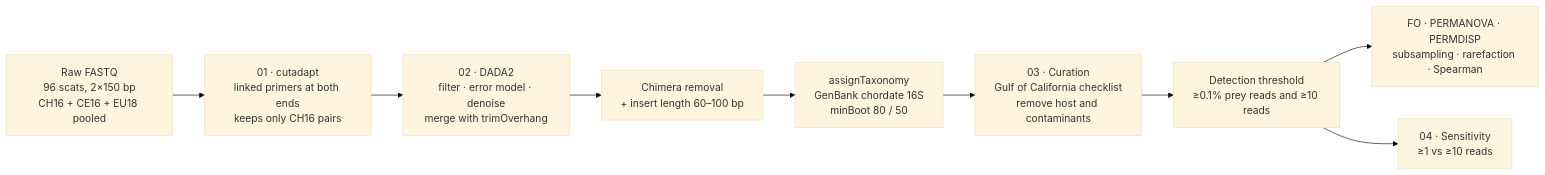
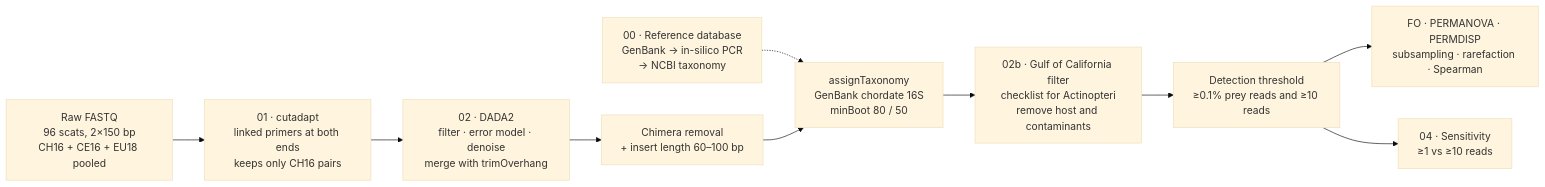
One commit to taniavaldiviac/sealion-diet-metabarcoding changed the diagram in README.md. Above: the diagram before and after it, drawn with Mermaid (base theme). The commit also changed other lines of this file and 10 other files, not shown here.

First line of the commit message:
Add reference database construction and Gulf of California fish filter

````diff
--- a/README.md
+++ b/README.md
@@ -67,11 +69,12 @@
 ```mermaid
 flowchart LR
+    R0[00 · Reference database<br/>GenBank → in-silico PCR<br/>→ NCBI taxonomy] -.-> E
     A[Raw FASTQ<br/>96 scats, 2×150 bp<br/>CH16 + CE16 + EU18 pooled] --> B[01 · cutadapt<br/>linked primers at both ends<br/>keeps only CH16 pairs]
     B --> C[02 · DADA2<br/>filter · error model · denoise<br/>merge with trimOverhang]
     C --> D[Chimera removal<br/>+ insert length 60–100 bp]
     D --> E[assignTaxonomy<br/>GenBank chordate 16S<br/>minBoot 80 / 50]
-    E --> F[03 · Curation<br/>Gulf of California checklist<br/>remove host and contaminants]
+    E --> F[02b · Gulf of California filter<br/>checklist for Actinopteri<br/>remove host and contaminants]
     F --> G[Detection threshold<br/>≥0.1% prey reads and ≥10 reads]
     G --> H[FO · PERMANOVA · PERMDISP<br/>subsampling · rarefaction · Spearman]
     G --> I[04 · Sensitivity<br/>≥1 vs ≥10 reads]
 ```
````
